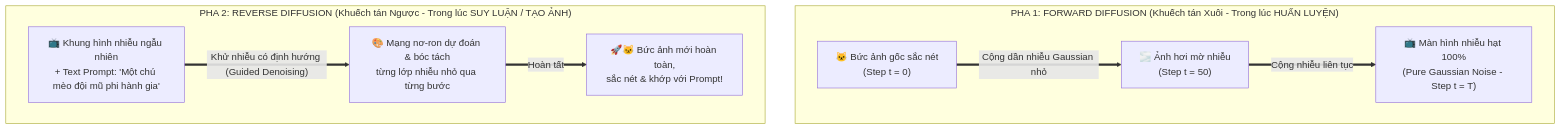
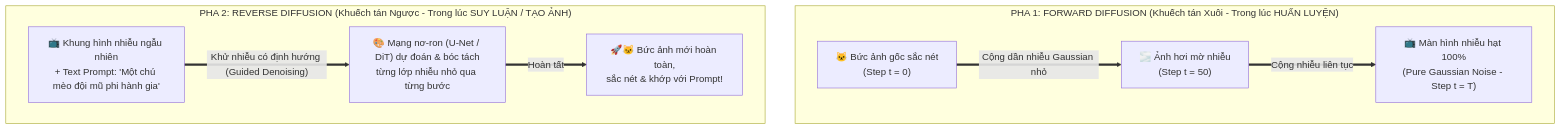
Before and after one commit to nxthanh2904/nca-genl: the third of 4 diagrams in Module_10_Additional_Topics.md, drawn with Mermaid. The commit also changed other lines of this file and 3 other files, not shown here.

````diff
--- a/Module_10_Additional_Topics.md
+++ b/Module_10_Additional_Topics.md
@@ -95,20 +100,20 @@
 ```mermaid
 flowchart TD
     subgraph P1["PHA 1: FORWARD DIFFUSION (Khuếch tán Xuôi - Trong lúc HUẤN LUYỆN)"]
         direction LR
         Img0["🐱 Bức ảnh gốc sắc nét<br/>(Step t = 0)"]
         Img1["🌫️ Ảnh hơi mờ nhiễu<br/>(Step t = 50)"]
         ImgT["📺 Màn hình nhiễu hạt 100%<br/>(Pure Gaussian Noise - Step t = T)"]
         
         Img0 ==>|"Cộng dần nhiễu Gaussian nhỏ"| Img1 ==>|"Cộng nhiễu liên tục"| ImgT
     end
 
     subgraph P2["PHA 2: REVERSE DIFFUSION (Khuếch tán Ngược - Trong lúc SUY LUẬN / TẠO ẢNH)"]
         direction LR
         Noise["📺 Khung hình nhiễu ngẫu nhiên<br/>+ Text Prompt: 'Một chú mèo đội mũ phi hành gia'"]
-        Denoise["🎨 Mạng nơ-ron dự đoán & bóc tách<br/>từng lớp nhiễu nhỏ qua từng bước"]
+        Denoise["🎨 Mạng nơ-ron (U-Net / DiT) dự đoán & bóc tách<br/>từng lớp nhiễu nhỏ qua từng bước"]
         NewImg["🚀🐱 Bức ảnh mới hoàn toàn,<br/>sắc nét & khớp với Prompt!"]
         
         Noise ==>|"Khử nhiễu có định hướng (Guided Denoising)"| Denoise ==>|"Hoàn tất"| NewImg
     end
 ```
````
